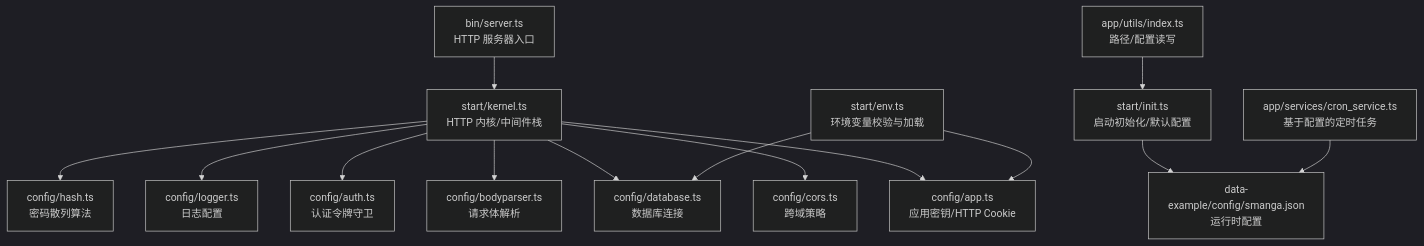
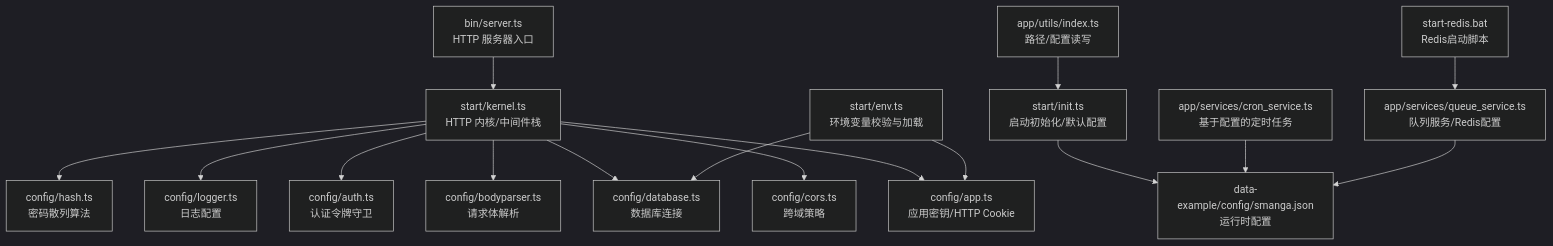
One commit to lkw199711/smanga-adonis changed the first of 2 diagrams in .qoder/repowiki/zh/content/配置管理/配置管理.md. Above: the diagram before and after it, drawn with Mermaid (dark theme). The commit also changed other lines of this file and 1 other file, not shown here.

````diff
--- a/.qoder/repowiki/zh/content/配置管理/配置管理.md
+++ b/.qoder/repowiki/zh/content/配置管理/配置管理.md
@@ -41,16 +52,18 @@
 ```mermaid
 graph TB
 A["bin/server.ts<br/>HTTP 服务器入口"] --> B["start/kernel.ts<br/>HTTP 内核/中间件栈"]
 B --> C["config/app.ts<br/>应用密钥/HTTP Cookie"]
 B --> D["config/cors.ts<br/>跨域策略"]
 B --> E["config/bodyparser.ts<br/>请求体解析"]
 B --> F["config/auth.ts<br/>认证令牌守卫"]
 B --> G["config/database.ts<br/>数据库连接"]
 B --> H["config/logger.ts<br/>日志配置"]
 B --> I["config/hash.ts<br/>密码散列算法"]
 J["start/env.ts<br/>环境变量校验与加载"] --> C
 J --> G
 K["start/init.ts<br/>启动初始化/默认配置"] --> L["data-example/config/smanga.json<br/>运行时配置"]
 M["app/utils/index.ts<br/>路径/配置读写"] --> K
 N["app/services/cron_service.ts<br/>基于配置的定时任务"] --> L
+O["app/services/queue_service.ts<br/>队列服务/Redis配置"] --> L
+P["start-redis.bat<br/>Redis启动脚本"] --> O
 ```
````
